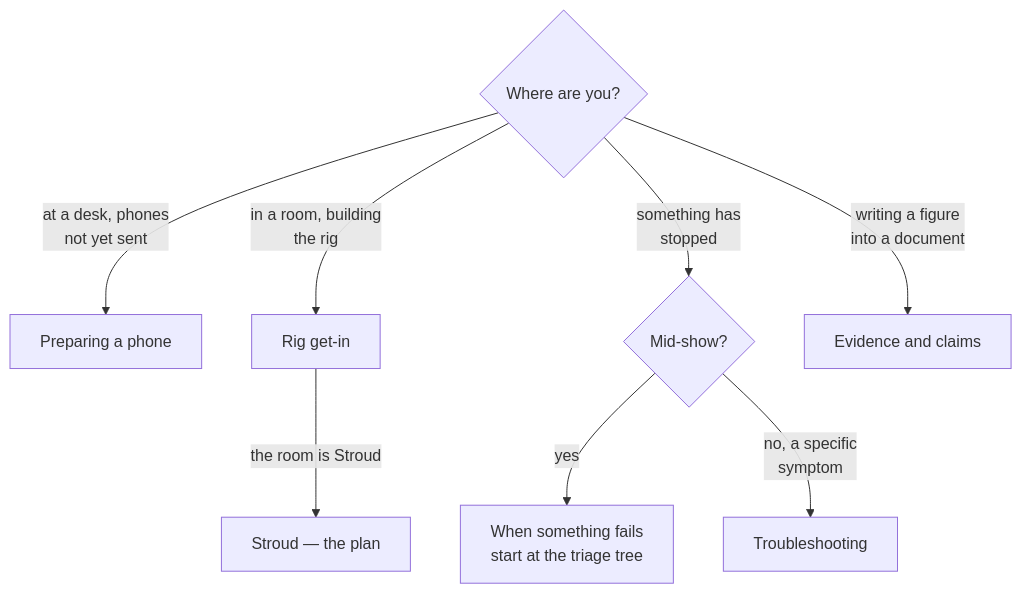
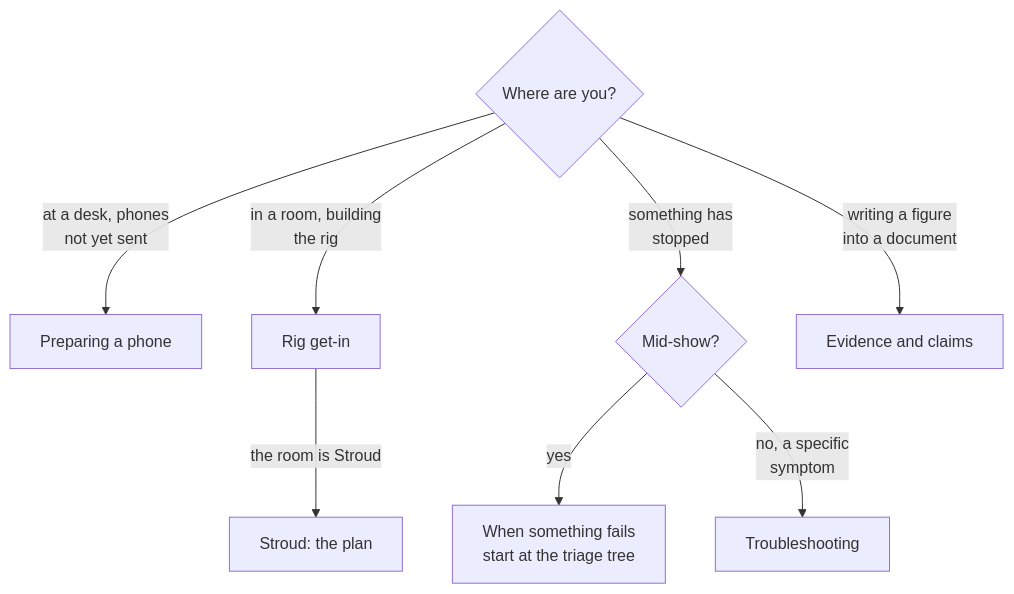
Before and after one commit to AristidesAI/TDStage-Docs: the diagram in operations/index.md, drawn with Mermaid. The commit also changed other lines of this file and 26 other files, not shown here.

````diff
--- a/operations/index.md
+++ b/operations/index.md
@@ -19,12 +19,12 @@
 ```mermaid
 flowchart TD
   Q{"Where are you?"}
   Q -- "at a desk, phones<br/>not yet sent" --> A["Preparing a phone"]
   Q -- "in a room, building<br/>the rig" --> B["Rig get-in"]
-  B -- "the room is Stroud" --> S["Stroud — the plan"]
+  B -- "the room is Stroud" --> S["Stroud: the plan"]
   Q -- "something has<br/>stopped" --> C{"Mid-show?"}
   Q -- "writing a figure<br/>into a document" --> D["Evidence and claims"]
 
   C -- "yes" --> E["When something fails<br/>start at the triage tree"]
   C -- "no, a specific<br/>symptom" --> F["Troubleshooting"]
 ```
````
